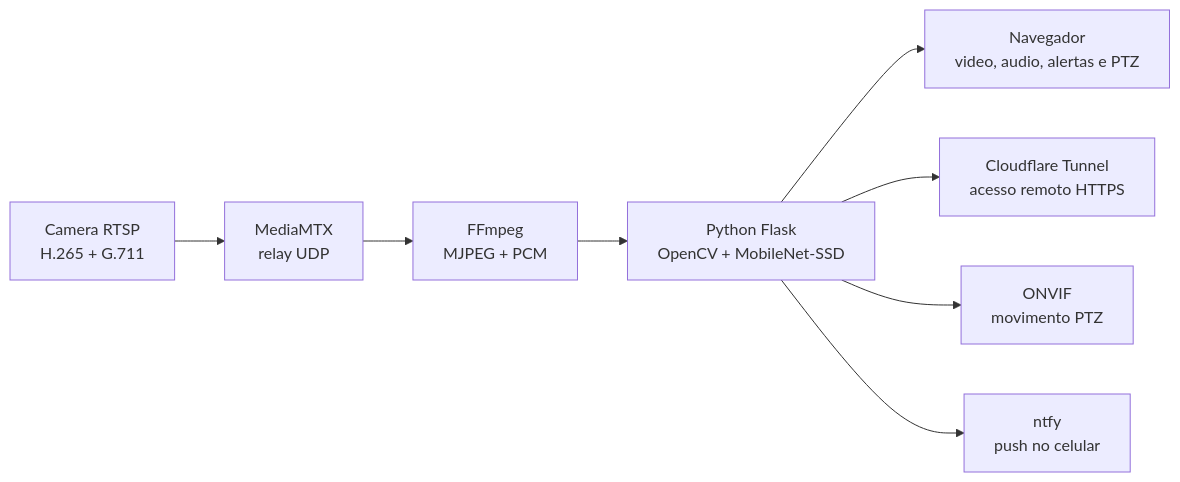
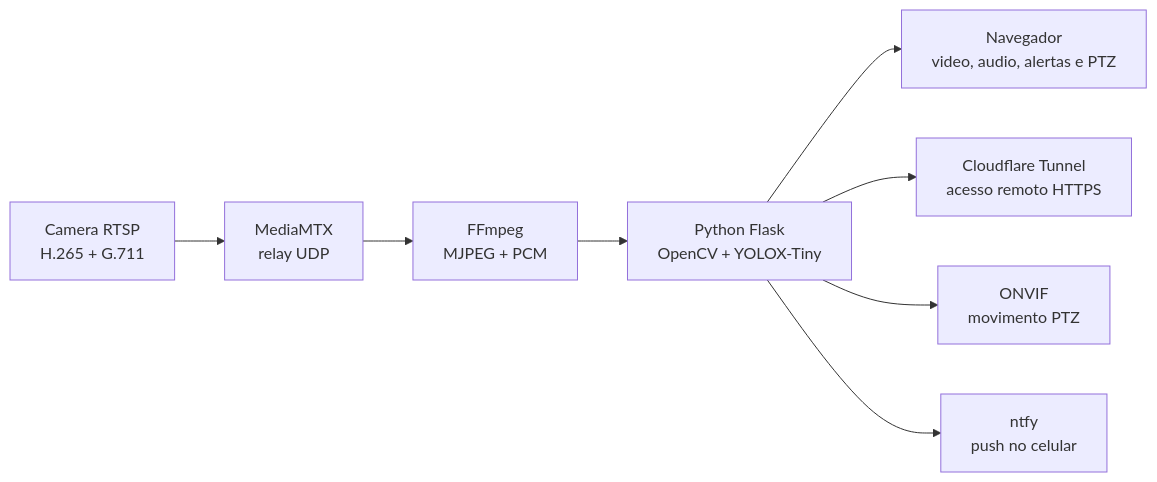
Before and after one commit to matheusinfo/camera-monitor: the diagram in README.md, drawn with Mermaid. The commit also changed other lines of this file and 10 other files, not shown here.

First line of the commit message:
feat: detector YOLOX-Tiny no lugar do MobileNet-SSD

````diff
--- a/README.md
+++ b/README.md
@@ -44,10 +44,10 @@
 ```mermaid
 flowchart LR
     C[Camera RTSP\nH.265 + G.711] --> M[MediaMTX\nrelay UDP]
     M --> F[FFmpeg\nMJPEG + PCM]
-    F --> P[Python Flask\nOpenCV + MobileNet-SSD]
+    F --> P[Python Flask\nOpenCV + YOLOX-Tiny]
     P --> B[Navegador\nvideo, audio, alertas e PTZ]
     P --> T[Cloudflare Tunnel\nacesso remoto HTTPS]
     P --> O[ONVIF\nmovimento PTZ]
     P --> N[ntfy\npush no celular]
 ```
````
